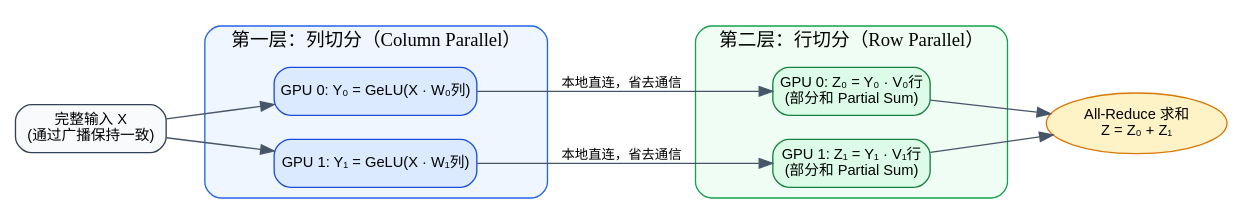
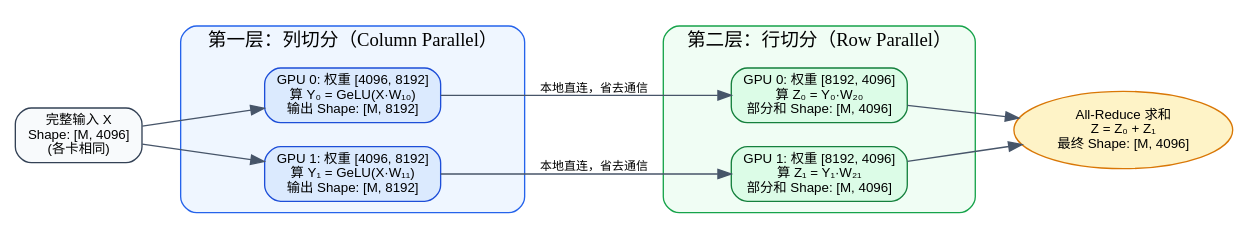
The sixth of 15 diagrams in src/content/posts/ai-chip-operator-development-complete-tutorial.md (hqu-little-boy/blog), drawn with Graphviz before and after one commit. The commit also changed other lines of this file, not shown here.

Commit message:
docs: expand 5D parallelism (TP/EP/DP/CP/PP) with beginner-friendly shape walkthroughs and pitfalls

````diff
--- a/src/content/posts/ai-chip-operator-development-complete-tutorial.md
+++ b/src/content/posts/ai-chip-operator-development-complete-tutorial.md
@@ -263,36 +314,36 @@
 ```dot
 digraph TensorParallel {
     rankdir=LR;
-    node [shape=box, style="rounded,filled", fontname="sans-serif", fontsize=11];
-    edge [color="#475569", fontname="sans-serif", fontsize=10];
+    node [shape=box, style="rounded,filled", fontname="sans-serif", fontsize=10];
+    edge [color="#475569", fontname="sans-serif", fontsize=9];
 
-    X [label="完整输入 X\n(通过广播保持一致)", fillcolor="#f8fafc", color="#334155"];
+    X [label="完整输入 X\nShape: [M, 4096]\n(各卡相同)", fillcolor="#f8fafc", color="#334155"];
 
     subgraph cluster_col {
         label="第一层：列切分（Column Parallel）";
         style="rounded";
         color="#2563eb";
         bgcolor="#eff6ff";
-        g0_col [label="GPU 0: Y₀ = GeLU(X · W₀列)", fillcolor="#dbeafe", color="#1d4ed8"];
-        g1_col [label="GPU 1: Y₁ = GeLU(X · W₁列)", fillcolor="#dbeafe", color="#1d4ed8"];
+        g0_col [label="GPU 0: 权重 [4096, 8192]\n算 Y₀ = GeLU(X·W₁₀)\n输出 Shape: [M, 8192]", fillcolor="#dbeafe", color="#1d4ed8"];
+        g1_col [label="GPU 1: 权重 [4096, 8192]\n算 Y₁ = GeLU(X·W₁₁)\n输出 Shape: [M, 8192]", fillcolor="#dbeafe", color="#1d4ed8"];
     }
 
     subgraph cluster_row {
         label="第二层：行切分（Row Parallel）";
         style="rounded";
         color="#16a34a";
         bgcolor="#f0fdf4";
-        g0_row [label="GPU 0: Z₀ = Y₀ · V₀行\n(部分和 Partial Sum)", fillcolor="#dcfce7", color="#15803d"];
-        g1_row [label="GPU 1: Z₁ = Y₁ · V₁行\n(部分和 Partial Sum)", fillcolor="#dcfce7", color="#15803d"];
+        g0_row [label="GPU 0: 权重 [8192, 4096]\n算 Z₀ = Y₀·W₂₀\n部分和 Shape: [M, 4096]", fillcolor="#dcfce7", color="#15803d"];
+        g1_row [label="GPU 1: 权重 [8192, 4096]\n算 Z₁ = Y₁·W₂₁\n部分和 Shape: [M, 4096]", fillcolor="#dcfce7", color="#15803d"];
     }
 
-    ar [label="All-Reduce 求和\nZ = Z₀ + Z₁", shape=ellipse, fillcolor="#fef3c7", color="#d97706"];
+    ar [label="All-Reduce 求和\nZ = Z₀ + Z₁\n最终 Shape: [M, 4096]", shape=ellipse, fillcolor="#fef3c7", color="#d97706"];
 
     X -> g0_col;
     X -> g1_col;
     g0_col -> g0_row [label=" 本地直连，省去通信"];
     g1_col -> g1_row [label=" 本地直连，省去通信"];
     g0_row -> ar;
     g1_row -> ar;
 }
 ```
````
